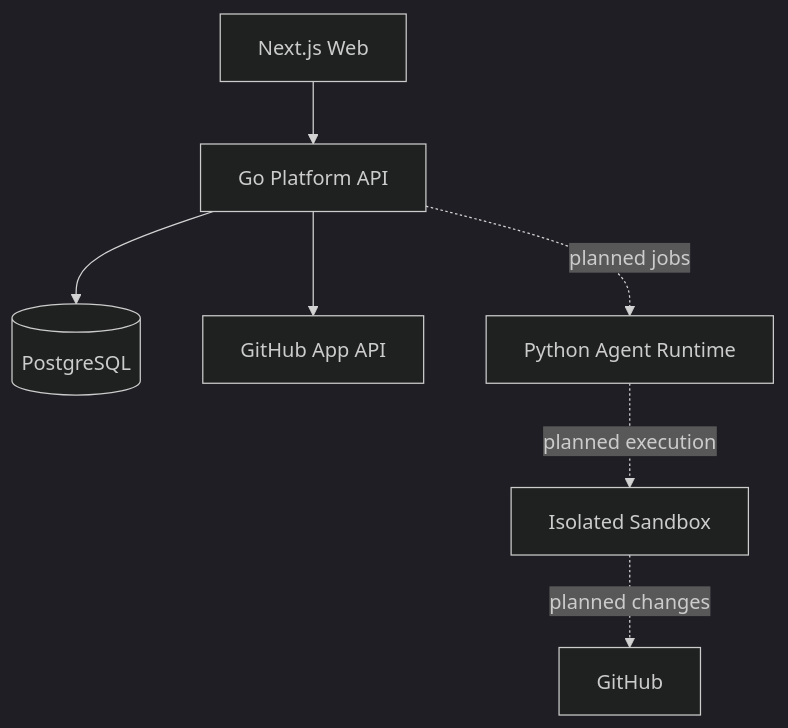
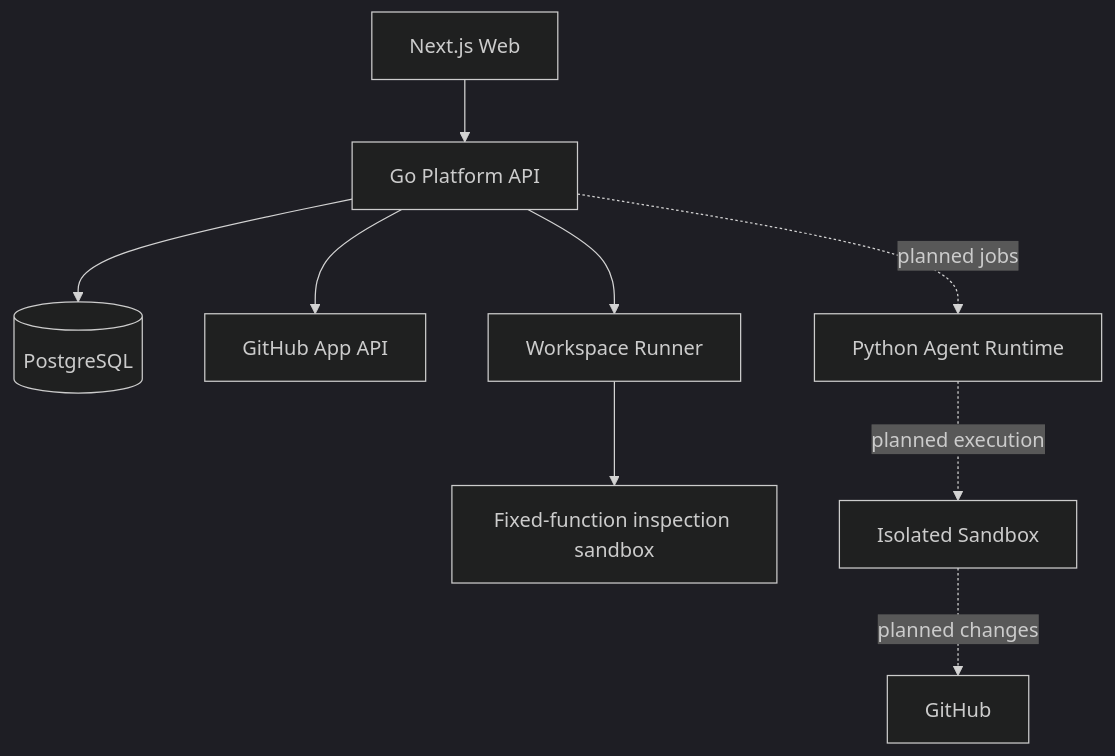
Before and after one commit to zaidhashmi/devpilot: the second of 2 diagrams in README.md, drawn with Mermaid (dark theme). The commit also changed other lines of this file and 42 other files, not shown here.

````diff
--- a/README.md
+++ b/README.md
@@ -45,9 +47,11 @@
 ```mermaid
 flowchart TD
     Web[Next.js Web] --> API[Go Platform API]
     API --> PostgreSQL[(PostgreSQL)]
     API --> GitHubApp[GitHub App API]
+    API --> Runner[Workspace Runner]
+    Runner --> Inspector[Fixed-function inspection sandbox]
     API -. planned jobs .-> Runtime[Python Agent Runtime]
     Runtime -. planned execution .-> Sandbox[Isolated Sandbox]
     Sandbox -. planned changes .-> GitHub[GitHub]
 ```
````
